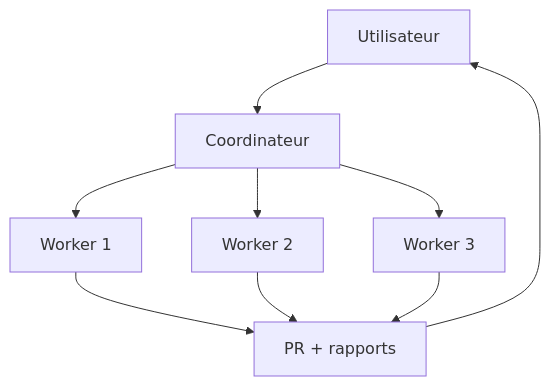
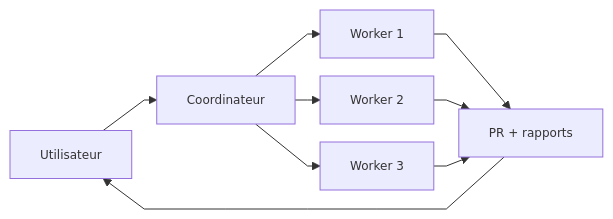
Before and after one commit to jsboige/CoursIA: the eighth of 10 diagrams in slides/S3-acculturation/slides.md, drawn with Mermaid. The commit also changed other lines of this file and 3 other files, not shown here.

First line of the commit message:
fix(slides,#10950): mermaid overflow slides 75/77/79 S3-acculturation phase generative — graph TD->LR + compactage init + labels 1 ligne

````diff
--- a/slides/S3-acculturation/slides.md
+++ b/slides/S3-acculturation/slides.md
@@ -2185,11 +2186,12 @@
 ```mermaid
-graph TD
+%%{init: {"flowchart": {"nodeSpacing": 18, "rankSpacing": 25, "curve": "linear"}, "themeVariables": {"fontSize": "12px"}}}%%
+graph LR
     U[Utilisateur] --> C[Coordinateur]
     C --> W1[Worker 1]
     C --> W2[Worker 2]
     C --> W3[Worker 3]
     W1 --> R[PR + rapports]
     W2 --> R
     W3 --> R
     R --> U
 ```
````
